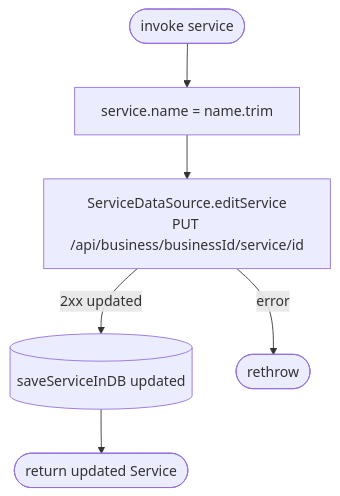
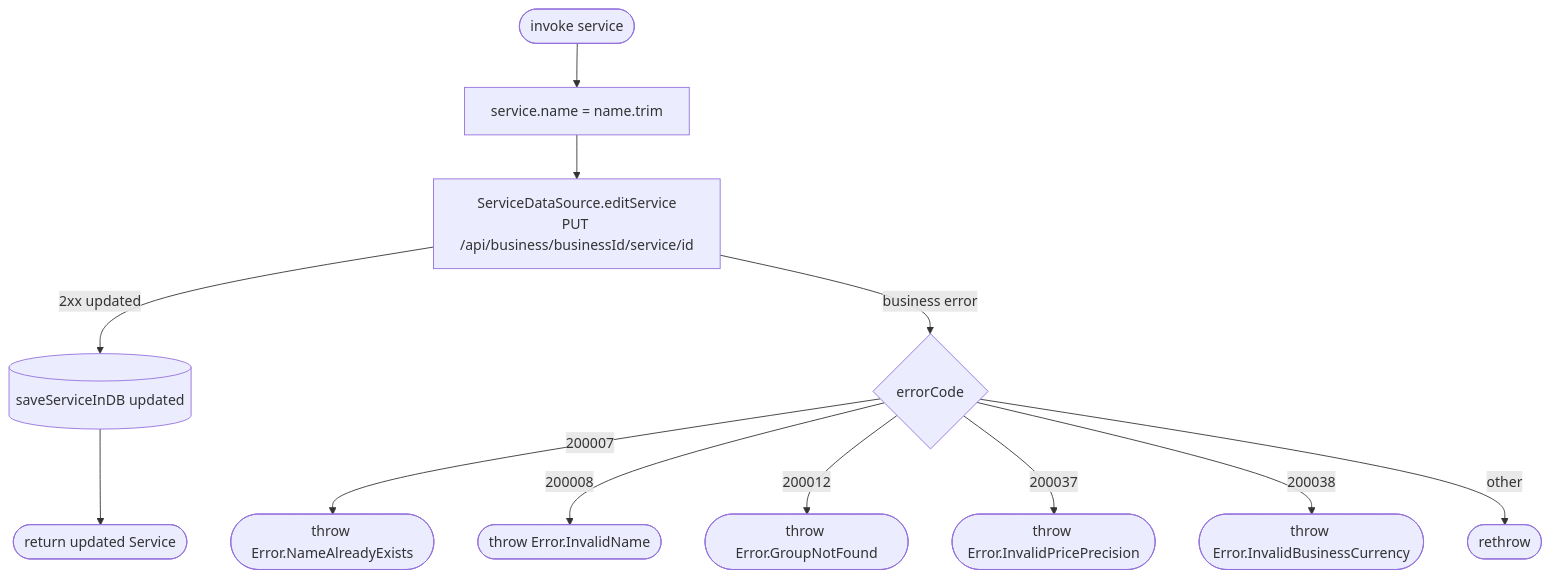
One commit to nocturneproperties/bookkme-client changed the diagram in docs/operations/services/edit-service.md. Above: the diagram before and after it, drawn with Mermaid. The commit also changed 223 other files, not shown here.

````diff
--- a/docs/operations/services/edit-service.md
+++ b/docs/operations/services/edit-service.md
@@ -10,8 +10,14 @@
 ```mermaid
 flowchart TD
     Start([invoke service]) --> Trim[service.name = name.trim]
     Trim --> Net[ServiceDataSource.editService<br/>PUT /api/business/businessId/service/id]
     Net -- 2xx updated --> Save[(saveServiceInDB updated)]
     Save --> R([return updated Service])
-    Net -- error --> EX([rethrow])
+    Net -- business error --> Code{errorCode}
+    Code -- 200007 --> E200007([throw Error.NameAlreadyExists])
+    Code -- 200008 --> E200008([throw Error.InvalidName])
+    Code -- 200012 --> E200012([throw Error.GroupNotFound])
+    Code -- 200037 --> E200037([throw Error.InvalidPricePrecision])
+    Code -- 200038 --> E200038([throw Error.InvalidBusinessCurrency])
+    Code -- other --> EX([rethrow])
 ```
````
